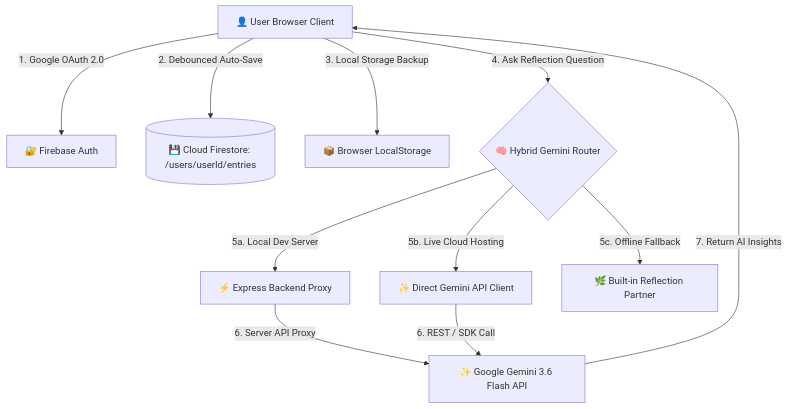
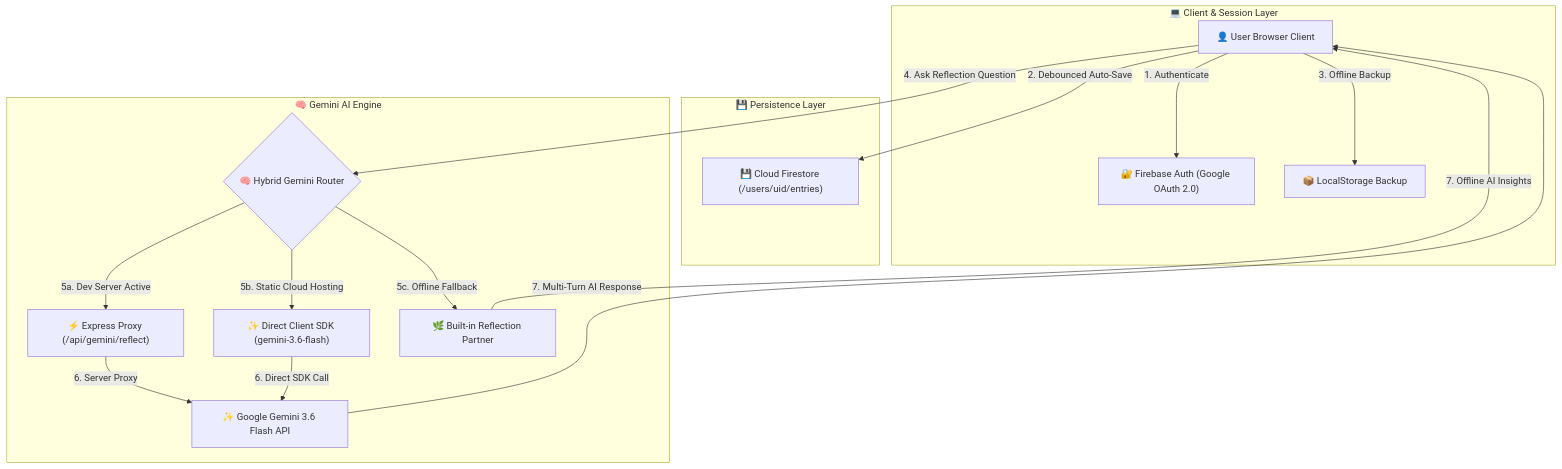
Before and after one commit to shyamsm10/reflections-journal-using-gemini-: the second of 2 diagrams in README.md, drawn with Mermaid. The commit also changed other lines of this file, not shown here.

Commit message:
fix(docs): update Mermaid architecture and dialogue flow diagrams for valid GitHub rendering

````diff
--- a/README.md
+++ b/README.md
@@ -56,15 +56,34 @@
 ```mermaid
-graph TD
-    User["👤 User Browser Client"] -->|1. Google OAuth 2.0| Auth["🔐 Firebase Auth"]
-    User -->|2. Debounced Auto-Save| DB[("💾 Cloud Firestore: /users/userId/entries")]
-    User -->|3. Local Storage Backup| Local["📦 Browser LocalStorage"]
+flowchart TD
+    subgraph ClientLayer ["💻 Client & Session Layer"]
+        User["👤 User Browser Client"]
+        Auth["🔐 Firebase Auth (Google OAuth 2.0)"]
+        Local["📦 LocalStorage Backup"]
+    end
+
+    subgraph StorageLayer ["💾 Persistence Layer"]
+        DB["💾 Cloud Firestore (/users/uid/entries)"]
+    end
+
+    subgraph AIRoutingLayer ["🧠 Gemini AI Engine"]
+        Router{"🧠 Hybrid Gemini Router"}
+        Express["⚡ Express Proxy (/api/gemini/reflect)"]
+        Direct["✨ Direct Client SDK (gemini-3.6-flash)"]
+        LocalPartner["🌿 Built-in Reflection Partner"]
+        GeminiAPI["✨ Google Gemini 3.6 Flash API"]
+    end
+
+    User -->|1. Authenticate| Auth
+    User -->|2. Debounced Auto-Save| DB
+    User -->|3. Offline Backup| Local
     
-    User -->|4. Ask Reflection Question| Router{"🧠 Hybrid Gemini Router"}
-    Router -->|5a. Local Dev Server| Express["⚡ Express Backend Proxy"]
-    Router -->|5b. Live Cloud Hosting| Direct["✨ Direct Gemini API Client"]
-    Router -->|5c. Offline Fallback| LocalPartner["🌿 Built-in Reflection Partner"]
+    User -->|4. Ask Reflection Question| Router
+    Router -->|5a. Dev Server Active| Express
+    Router -->|5b. Static Cloud Hosting| Direct
+    Router -->|5c. Offline Fallback| LocalPartner
 
-    Express -->|6. Server API Proxy| GeminiAPI["✨ Google Gemini 3.6 Flash API"]
-    Direct -->|6. REST / SDK Call| GeminiAPI
-    GeminiAPI -->|7. Return AI Insights| User
+    Express -->|6. Server Proxy| GeminiAPI
+    Direct -->|6. Direct SDK Call| GeminiAPI
+    GeminiAPI -->|7. Multi-Turn AI Response| User
+    LocalPartner -->|7. Offline AI Insights| User
 ```
````
